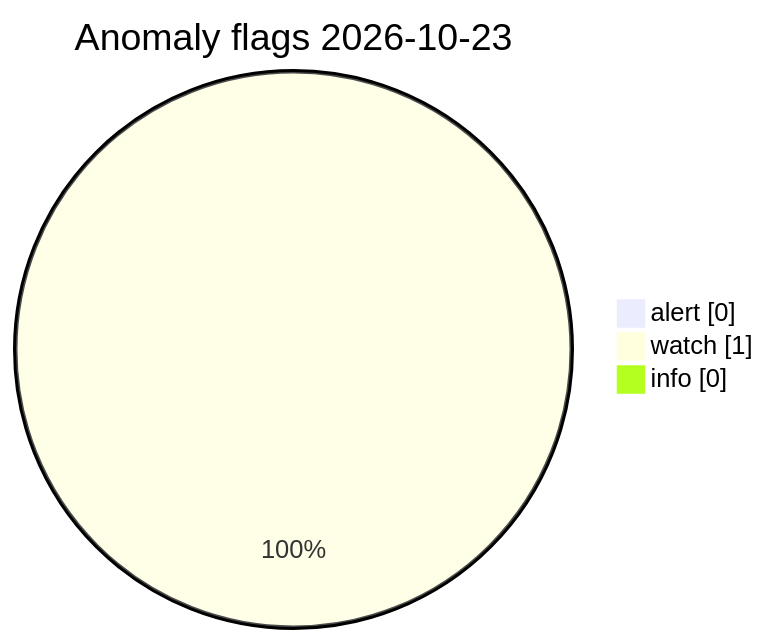
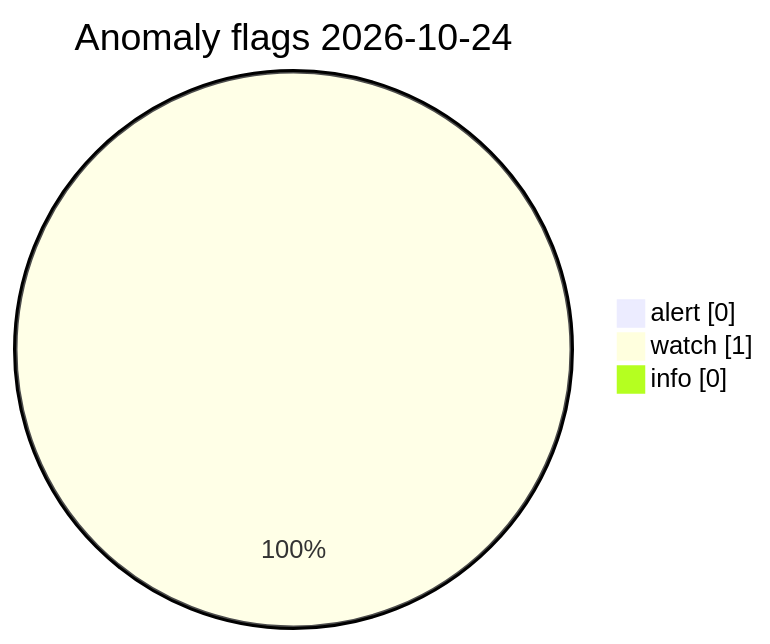
The diagram in visuals/latest/CHARTS.md (Midwest-Stratospheric/Unified-Open-Global-Weather), drawn with Mermaid before and after one commit. The commit also changed other lines of this file and 23 other files, not shown here.

Commit message:
data(visuals): automated charts 2026-10-24T09:14Z

````diff
--- a/visuals/latest/CHARTS.md
+++ b/visuals/latest/CHARTS.md
@@ -73,7 +73,7 @@
 ```mermaid
 pie showData
-  title Anomaly flags 2026-10-23
+  title Anomaly flags 2026-10-24
   "alert" : 0
   "watch" : 1
   "info" : 0
 ```
````
